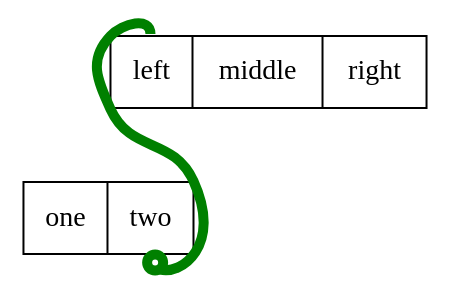
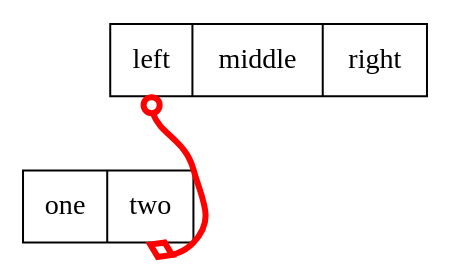
The diagram in data/16.gv (graphviz-perl/GraphViz2-Marpa), drawn with Graphviz before and after one commit. The commit also changed 4 other files, not shown here.

```diff
--- a/data/16.gv
+++ b/data/16.gv
@@ -1,24 +1,26 @@
 digraph graph_16
 {
 	node
 	[
 		shape = "record"
 	]
 	edge
 	[
-		color = "green"
-		penwidth = 5
+		color = "red"
+		penwidth = 3
 	]
 	node_16_1
 	[
-		label = "<f0> left|<f1> middle|<f2> right"
+		label = "<p11> left|<p12> middle|<p13> right"
 	]
 	node_16_2
 	[
-		label = "<f0> one|<f1> two"
+		label = "<p21> one|<p22> two"
 	]
-	node_16_1:f0:n -> node_16_2:f1:s
+	node_16_1:p11 -> node_16_2:p22:s
 	[
-		arrowhead = "odot"
+		arrowtail = "odot"
+		arrowhead = "odiamond"
+		dir       = "both"
 	]
 }
```
